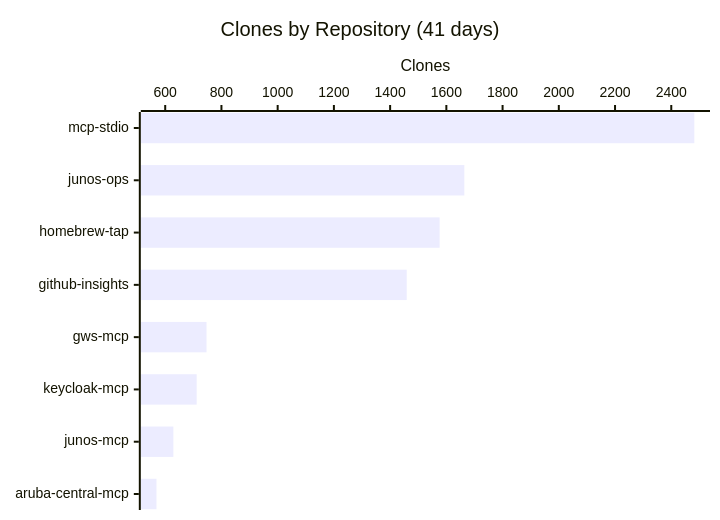
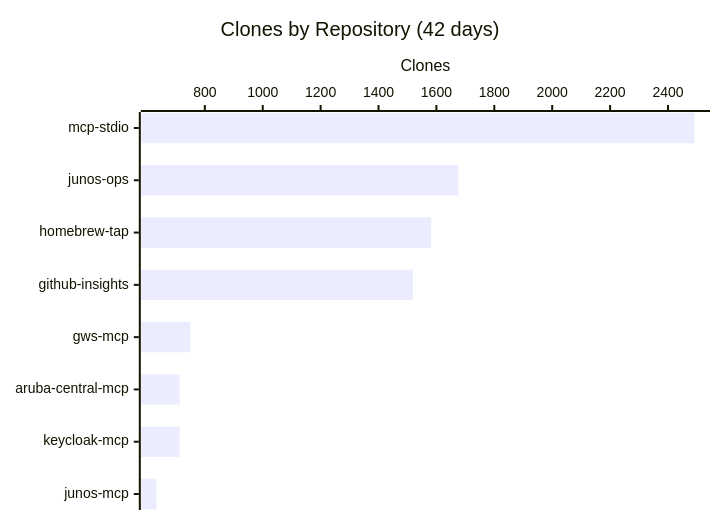
The third of 3 diagrams in README.md (shigechika/github-insights), drawn with Mermaid before and after one commit. The commit also changed other lines of this file and 2 other files, not shown here.

````diff
--- a/README.md
+++ b/README.md
@@ -36,7 +36,7 @@
 ```mermaid
 xychart-beta horizontal
-    title "Clones by Repository (41 days)"
-    x-axis ["mcp-stdio", "junos-ops", "homebrew-tap", "github-insights", "gws-mcp", "keycloak-mcp", "junos-mcp", "aruba-central-mcp"]
+    title "Clones by Repository (42 days)"
+    x-axis ["mcp-stdio", "junos-ops", "homebrew-tap", "github-insights", "gws-mcp", "aruba-central-mcp", "keycloak-mcp", "junos-mcp"]
     y-axis "Clones"
-    bar [2482, 1664, 1576, 1459, 747, 712, 629, 569]
+    bar [2491, 1676, 1582, 1519, 750, 713, 713, 633]
 ```
````
